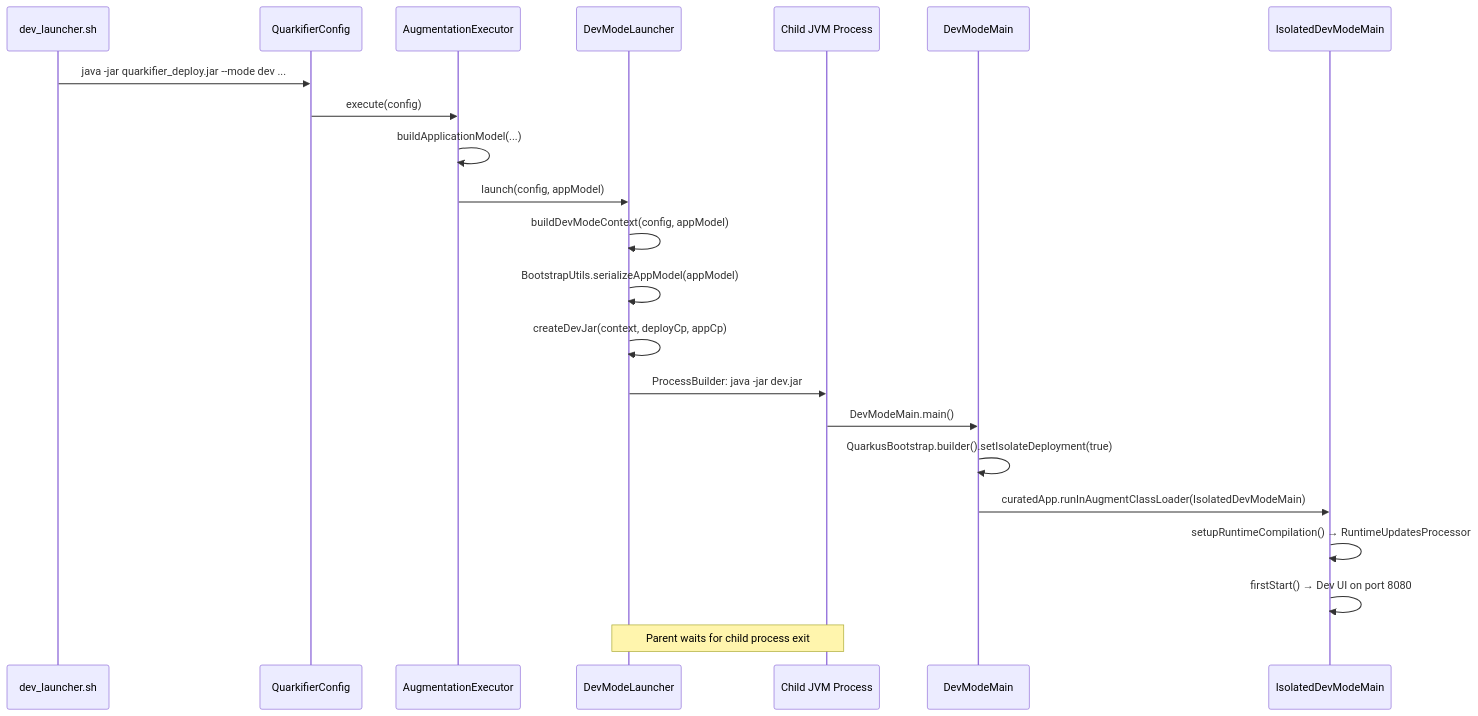
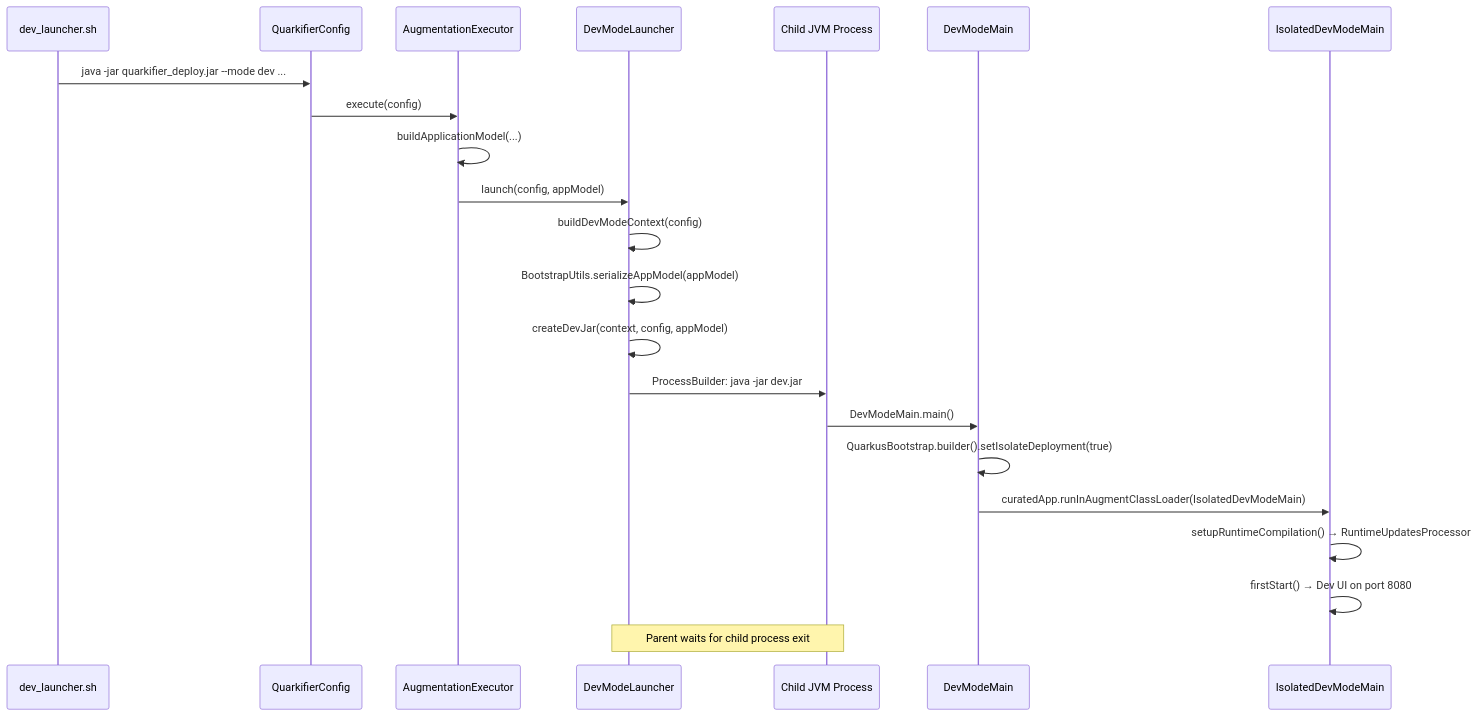
The first of 2 diagrams in docs/dev-mode.md (clementguillot/rules_quarkus), drawn with Mermaid before and after one commit. The commit also changed other lines of this file and 25 other files, not shown here.

````diff
--- a/docs/dev-mode.md
+++ b/docs/dev-mode.md
@@ -26,25 +24,25 @@
 ```mermaid
 sequenceDiagram
     participant Script as dev_launcher.sh
     participant QC as QuarkifierConfig
     participant AE as AugmentationExecutor
     participant DML as DevModeLauncher
     participant Child as Child JVM Process
     participant DMM as DevModeMain
     participant IDM as IsolatedDevModeMain
 
     Script->>QC: java -jar quarkifier_deploy.jar --mode dev ...
     QC->>AE: execute(config)
     AE->>AE: buildApplicationModel(...)
     AE->>DML: launch(config, appModel)
-    DML->>DML: buildDevModeContext(config, appModel)
+    DML->>DML: buildDevModeContext(config)
     DML->>DML: BootstrapUtils.serializeAppModel(appModel)
-    DML->>DML: createDevJar(context, deployCp, appCp)
+    DML->>DML: createDevJar(context, config, appModel)
     DML->>Child: ProcessBuilder: java -jar dev.jar
     Child->>DMM: DevModeMain.main()
     DMM->>DMM: QuarkusBootstrap.builder().setIsolateDeployment(true)
     DMM->>IDM: curatedApp.runInAugmentClassLoader(IsolatedDevModeMain)
     IDM->>IDM: setupRuntimeCompilation() → RuntimeUpdatesProcessor
     IDM->>IDM: firstStart() → Dev UI on port 8080
     Note over DML,Child: Parent waits for child process exit
 ```
````
